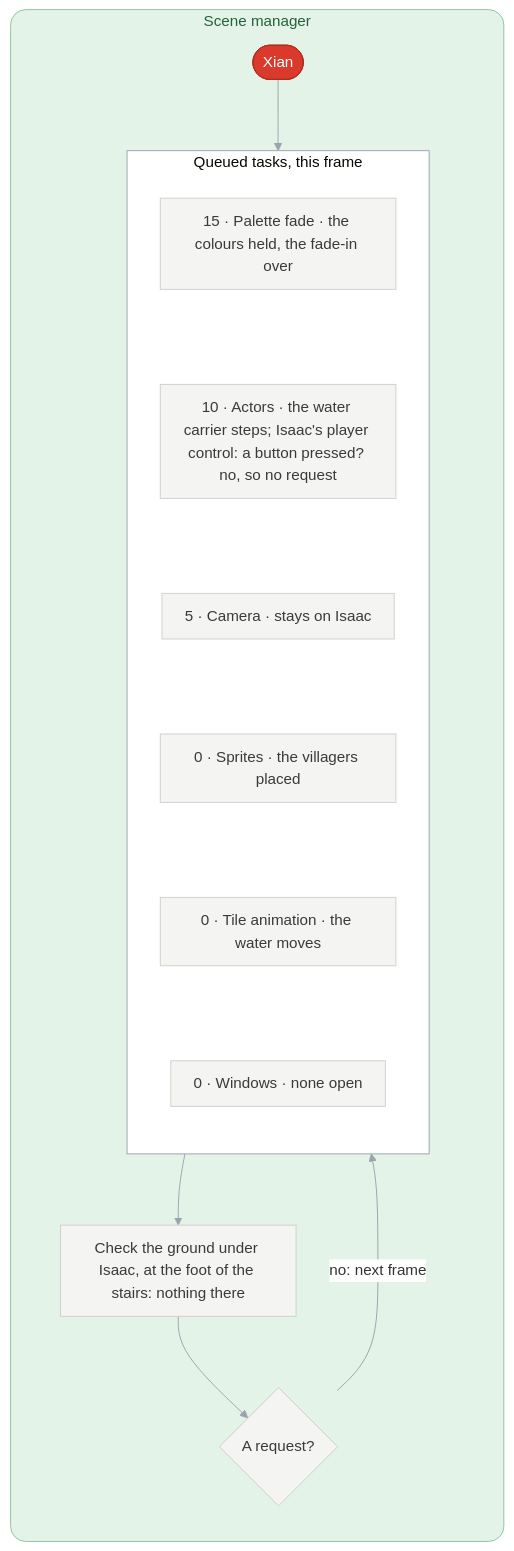
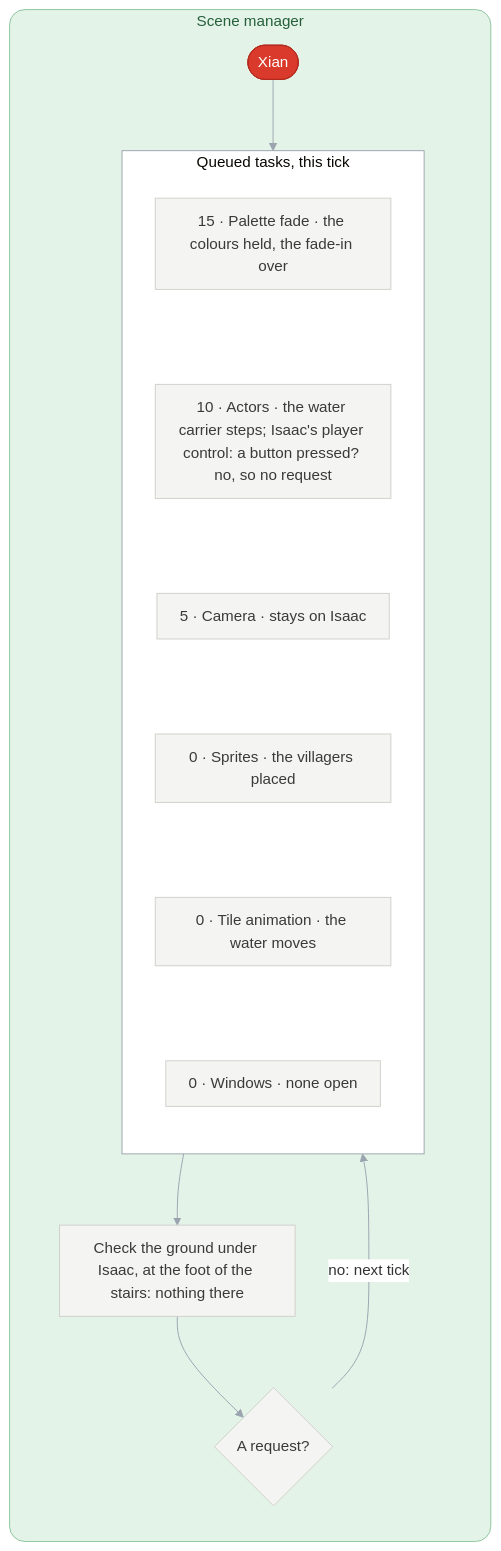
Before and after one commit to PascalPixel/alchemy: the eighth of 9 diagrams in games/tbs/README.md, drawn with Mermaid. The commit also changed other lines of this file and 1 other file, not shown here.

````diff
--- a/games/tbs/README.md
+++ b/games/tbs/README.md
@@ -352,28 +355,28 @@
 ```mermaid
 %%{init: {"theme": "base", "themeVariables": {"lineColor": "#9AA3AE", "edgeLabelBackground": "#FFFFFF"}, "flowchart": {"curve": "basis", "padding": 12}}}%%
 flowchart TD
   subgraph mgr ["Scene manager"]
     direction TB
     xian(["Xian"]) --> queue
-    subgraph queue ["Queued tasks, this frame"]
+    subgraph queue ["Queued tasks, this tick"]
       direction TB
       t1["15 · Palette fade · the colours held, the fade-in over"] ~~~ t2["10 · Actors · the water carrier steps; Isaac's player control: a button pressed? no, so no request"]
       t2 ~~~ t3["5 · Camera · stays on Isaac"] ~~~ t4["0 · Sprites · the villagers placed"]
       t4 ~~~ t5["0 · Tile animation · the water moves"] ~~~ t6["0 · Windows · none open"]
     end
     queue --> ground["Check the ground under Isaac, at the foot of the stairs: nothing there"]
     ground --> check{"A request?"}
-    check -->|"no: next frame"| queue
+    check -->|"no: next tick"| queue
   end
   classDef sequenceManager fill:#DDE3EC,stroke:#8FA0B8,color:#2E3C50
   classDef sceneSequence fill:#D2EEF3,stroke:#7FC3D0,color:#1E5966
   classDef battle fill:#F6D5D2,stroke:#D9928B,color:#8A2A22
   classDef sceneManager fill:#D3EBD9,stroke:#8DC49E,color:#25603A
   classDef request fill:#FBE7C6,stroke:#E0B46A,color:#7A5212
   classDef place fill:#D93A2B,stroke:#B02A1D,color:#FFFFFF
   classDef step fill:#F4F4F2,stroke:#CFCFCB,color:#3A3A38
   class xian place
   class t1,t2,t3,t4,t5,t6,ground,check step
   style mgr fill:#E4F3E8,stroke:#8DC49E,color:#25603A,rx:16,ry:16
   style queue fill:#FFFFFF,stroke:#9AA3AE
 ```
````
